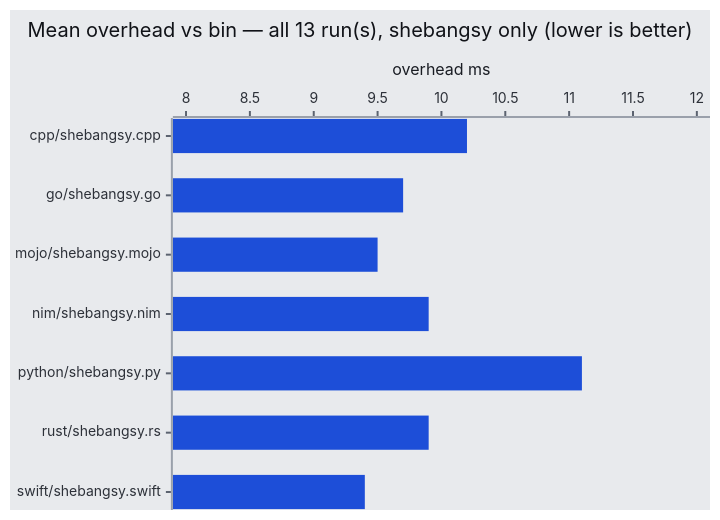
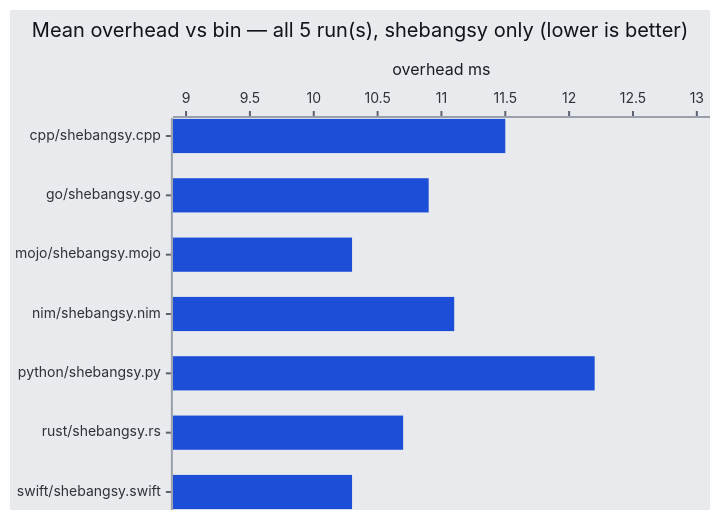
Before and after one commit to bdombro/shebangsy: the fifth of 5 diagrams in benches-report.md, drawn with Mermaid. The commit also changed other lines of this file and 18 other files, not shown here.

````diff
--- a/benches-report.md
+++ b/benches-report.md
@@ -131,23 +131,23 @@
 ```mermaid
 ---
 config:
   themeVariables:
     xyChart:
       backgroundColor: "#e8eaed"
       plotColorPalette: "#1d4ed8, #15803d, #a16207, #7c3aed, #b91c1c, #0e7490, #4338ca"
       titleColor: "#111318"
       xAxisLabelColor: "#2d3139"
       yAxisLabelColor: "#2d3139"
       xAxisTitleColor: "#1a1d24"
       yAxisTitleColor: "#1a1d24"
       xAxisLineColor: "#9aa0ab"
       yAxisLineColor: "#9aa0ab"
       xAxisTickColor: "#5c6370"
       yAxisTickColor: "#5c6370"
 ---
 xychart-beta horizontal
-    title "Mean overhead vs bin — all 13 run(s), shebangsy only (lower is better)"
+    title "Mean overhead vs bin — all 5 run(s), shebangsy only (lower is better)"
     x-axis ["cpp/shebangsy.cpp", "go/shebangsy.go", "mojo/shebangsy.mojo", "nim/shebangsy.nim", "python/shebangsy.py", "rust/shebangsy.rs", "swift/shebangsy.swift"]
-    y-axis "overhead ms" 8 --> 12
-    bar [10.2, 9.7, 9.5, 9.9, 11.1, 9.9, 9.4]
+    y-axis "overhead ms" 9 --> 13
+    bar [11.5, 10.9, 10.3, 11.1, 12.2, 10.7, 10.3]
 ```
````
